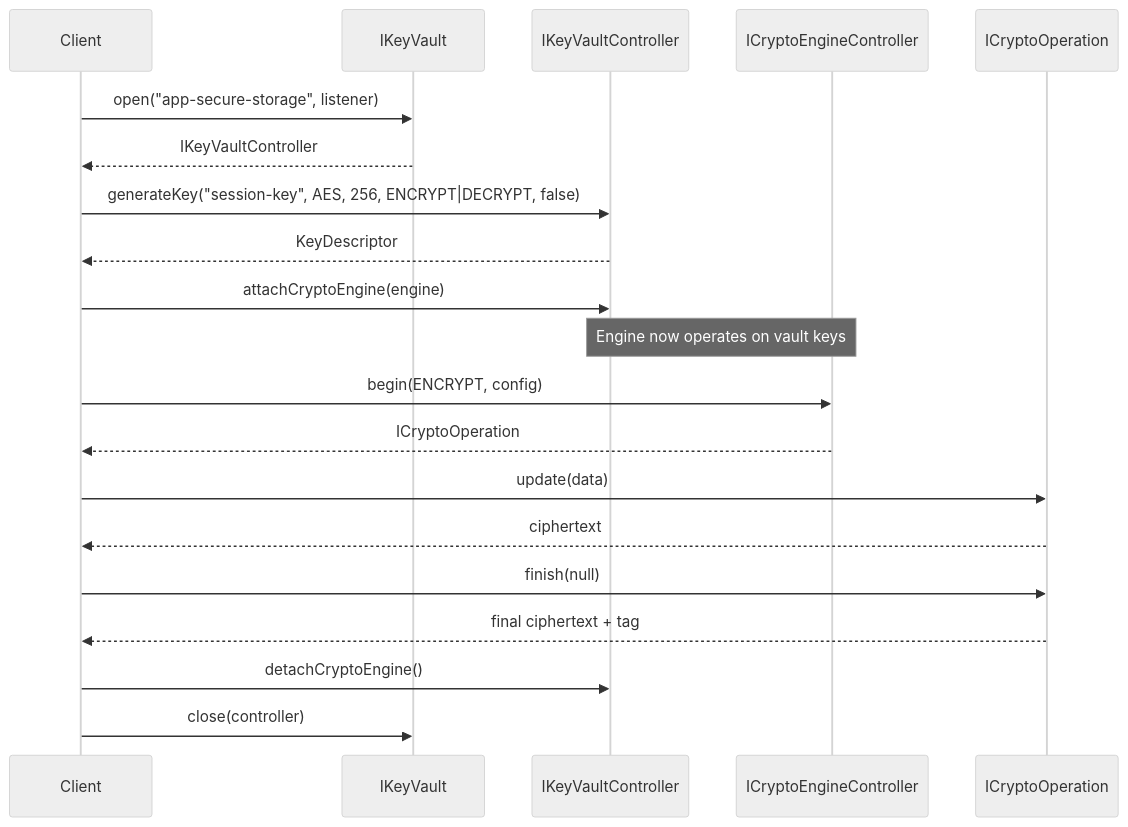
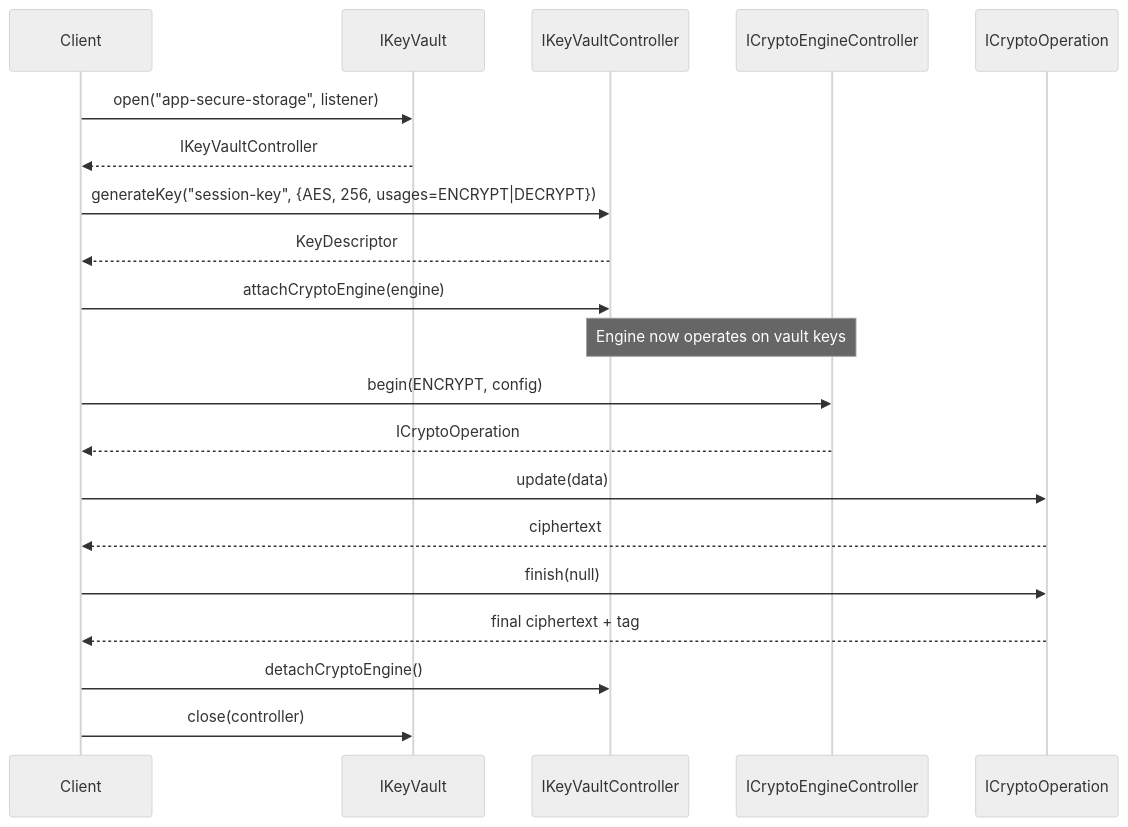
One commit to rdkcentral/rdk-halif-aidl changed the ninth of 10 diagrams in keyvault/current/docs/keyvault.md. Above: the diagram before and after it, drawn with Mermaid (neutral theme). The commit also changed other lines of this file and 14 other files, not shown here.

````diff
--- a/keyvault/current/docs/keyvault.md
+++ b/keyvault/current/docs/keyvault.md
@@ -459,28 +459,28 @@
 ```mermaid
 sequenceDiagram
     participant C as Client
     participant KV as IKeyVault
     participant Ctrl as IKeyVaultController
     participant CE as ICryptoEngineController
     participant Op as ICryptoOperation
 
     C->>KV: open("app-secure-storage", listener)
     KV-->>C: IKeyVaultController
 
-    C->>Ctrl: generateKey("session-key", AES, 256, ENCRYPT|DECRYPT, false)
+    C->>Ctrl: generateKey("session-key", {AES, 256, usages=ENCRYPT|DECRYPT})
     Ctrl-->>C: KeyDescriptor
 
     C->>Ctrl: attachCryptoEngine(engine)
 
     Note over CE,Ctrl: Engine now operates on vault keys
 
     C->>CE: begin(ENCRYPT, config)
     CE-->>C: ICryptoOperation
     C->>Op: update(data)
     Op-->>C: ciphertext
     C->>Op: finish(null)
     Op-->>C: final ciphertext + tag
 
     C->>Ctrl: detachCryptoEngine()
     C->>KV: close(controller)
 ```
````
